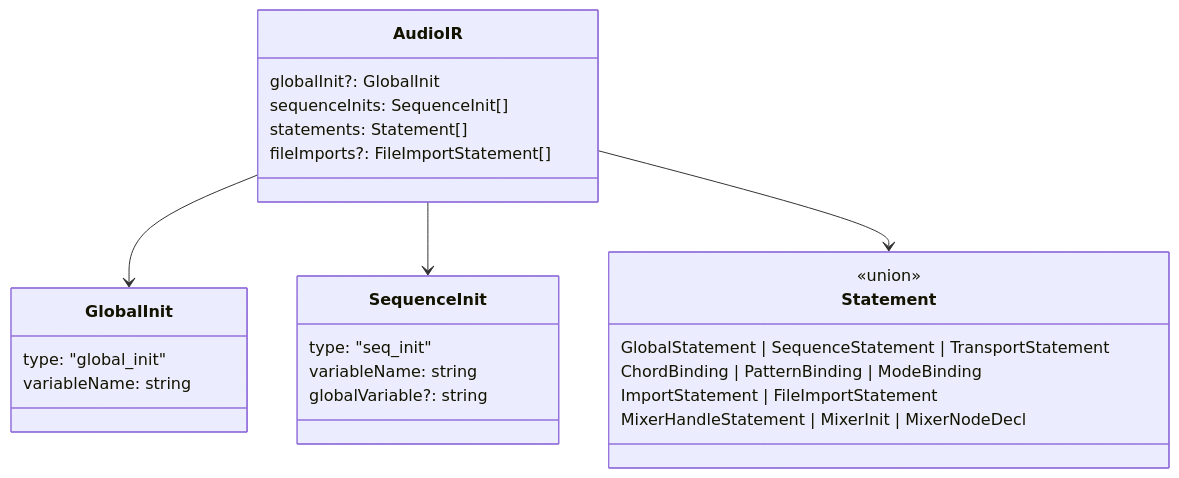
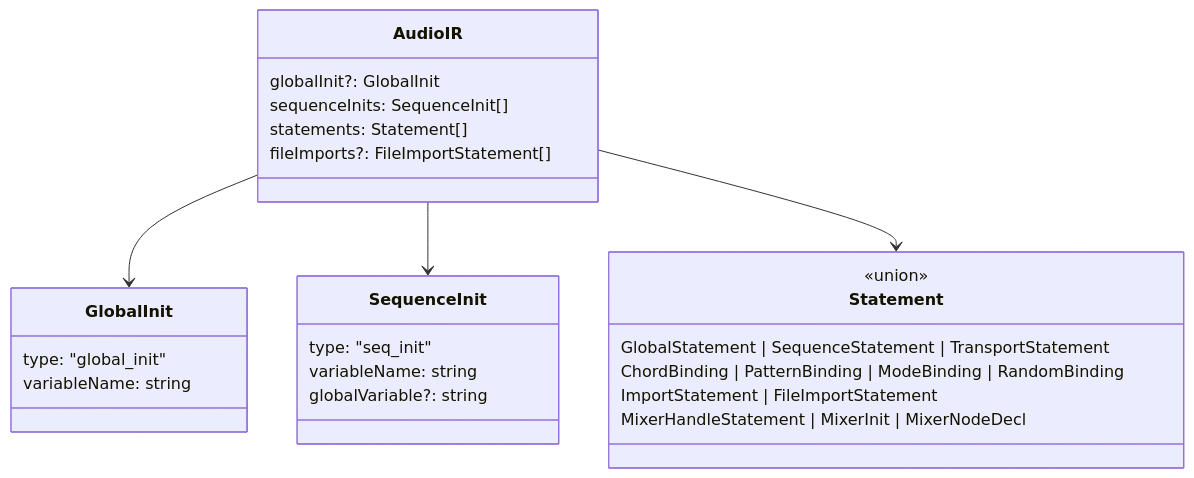
Before and after one commit to signalcompose/orbitscore: the second of 2 diagrams in sites/dev/en/pipeline/text-to-ast.md, drawn with Mermaid. The commit also changed other lines of this file and 22 other files, not shown here.

````diff
--- a/sites/dev/en/pipeline/text-to-ast.md
+++ b/sites/dev/en/pipeline/text-to-ast.md
@@ -246,28 +248,28 @@
 ```mermaid
 classDiagram
   class AudioIR {
     globalInit?: GlobalInit
     sequenceInits: SequenceInit[]
     statements: Statement[]
     fileImports?: FileImportStatement[]
   }
   class GlobalInit {
     type: "global_init"
     variableName: string
   }
   class SequenceInit {
     type: "seq_init"
     variableName: string
     globalVariable?: string
   }
   class Statement {
     <<union>>
     GlobalStatement | SequenceStatement | TransportStatement
-    ChordBinding | PatternBinding | ModeBinding
+    ChordBinding | PatternBinding | ModeBinding | RandomBinding
     ImportStatement | FileImportStatement
     MixerHandleStatement | MixerInit | MixerNodeDecl
   }
   AudioIR --> GlobalInit
   AudioIR --> SequenceInit
   AudioIR --> Statement
 ```
````
